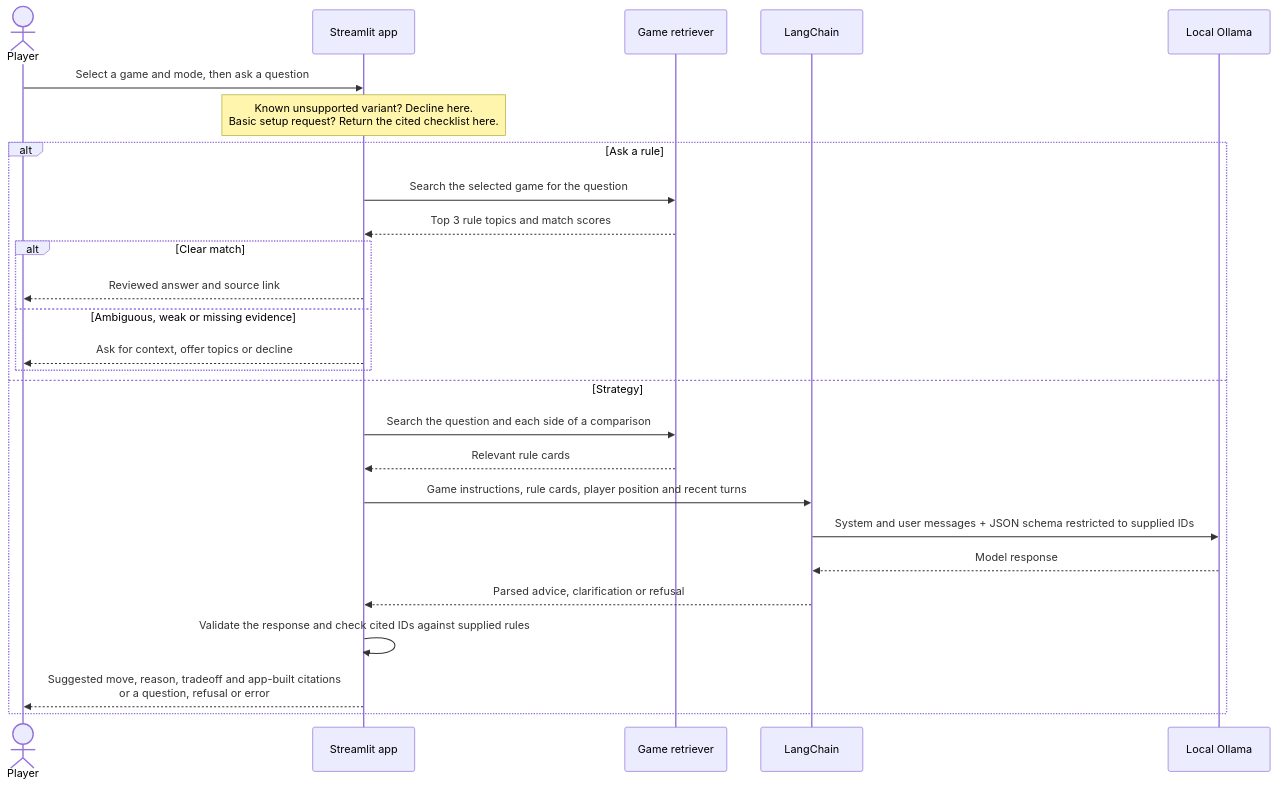
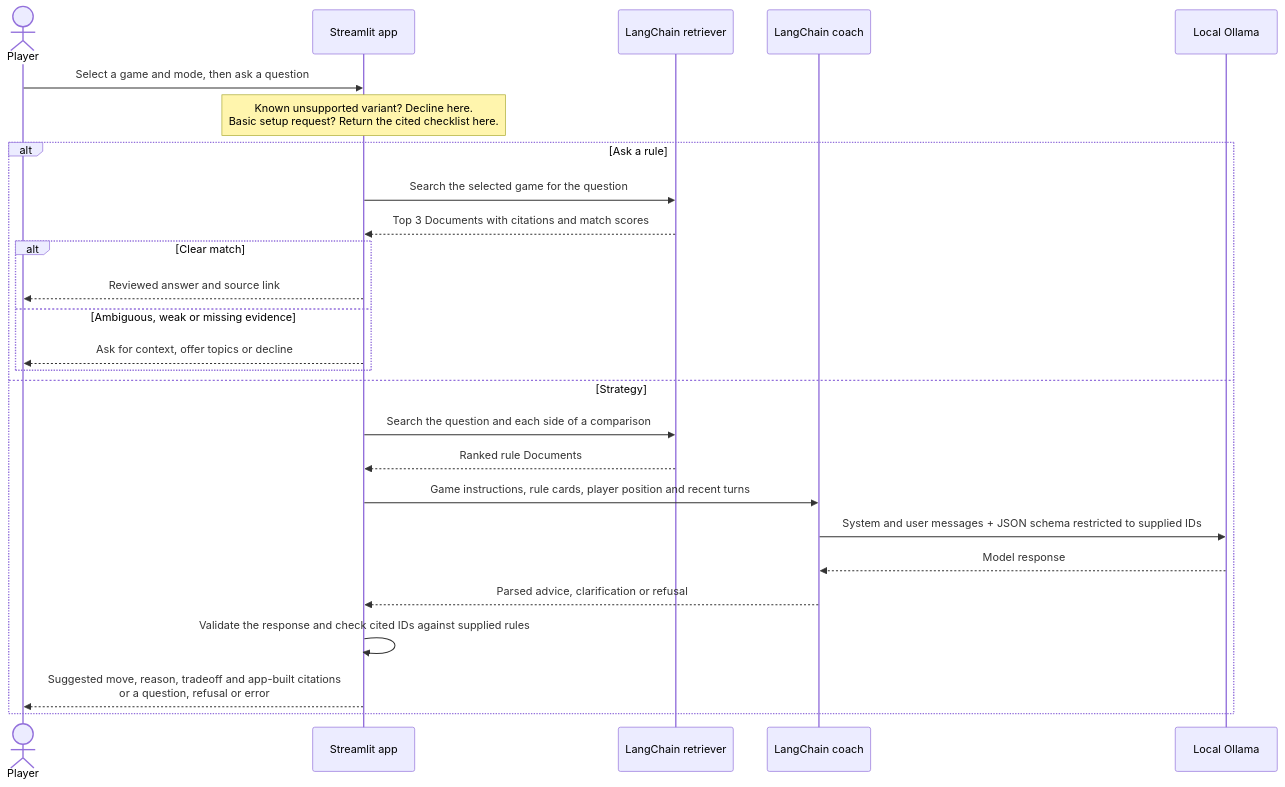
The second of 2 diagrams in docs/architecture.md (Shrezz/tabletalk), drawn with Mermaid before and after one commit. The commit also changed other lines of this file and 9 other files, not shown here.

Commit message:
Use a LangChain retriever for local hybrid rule search

````diff
--- a/docs/architecture.md
+++ b/docs/architecture.md
@@ -31,28 +31,28 @@
 ```mermaid
 sequenceDiagram
     actor P as Player
     participant A as Streamlit app
-    participant R as Game retriever
-    participant C as LangChain
+    participant R as LangChain retriever
+    participant C as LangChain coach
     participant L as Local Ollama
     P->>A: Select a game and mode, then ask a question
     Note over A: Known unsupported variant? Decline here.<br/>Basic setup request? Return the cited checklist here.
     alt Ask a rule
         A->>R: Search the selected game for the question
-        R-->>A: Top 3 rule topics and match scores
+        R-->>A: Top 3 Documents with citations and match scores
         alt Clear match
             A-->>P: Reviewed answer and source link
         else Ambiguous, weak or missing evidence
             A-->>P: Ask for context, offer topics or decline
         end
     else Strategy
         A->>R: Search the question and each side of a comparison
-        R-->>A: Relevant rule cards
+        R-->>A: Ranked rule Documents
         A->>C: Game instructions, rule cards, player position and recent turns
         C->>L: System and user messages + JSON schema restricted to supplied IDs
         L-->>C: Model response
         C-->>A: Parsed advice, clarification or refusal
         A->>A: Validate the response and check cited IDs against supplied rules
         A-->>P: Suggested move, reason, tradeoff and app-built citations<br/>or a question, refusal or error
     end
 ```
````
